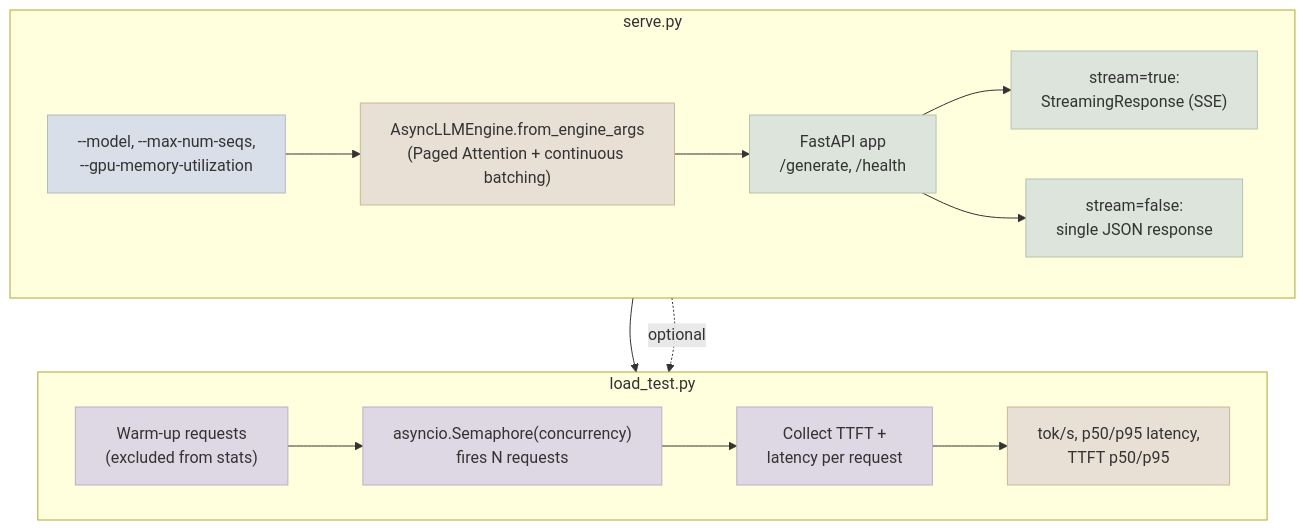
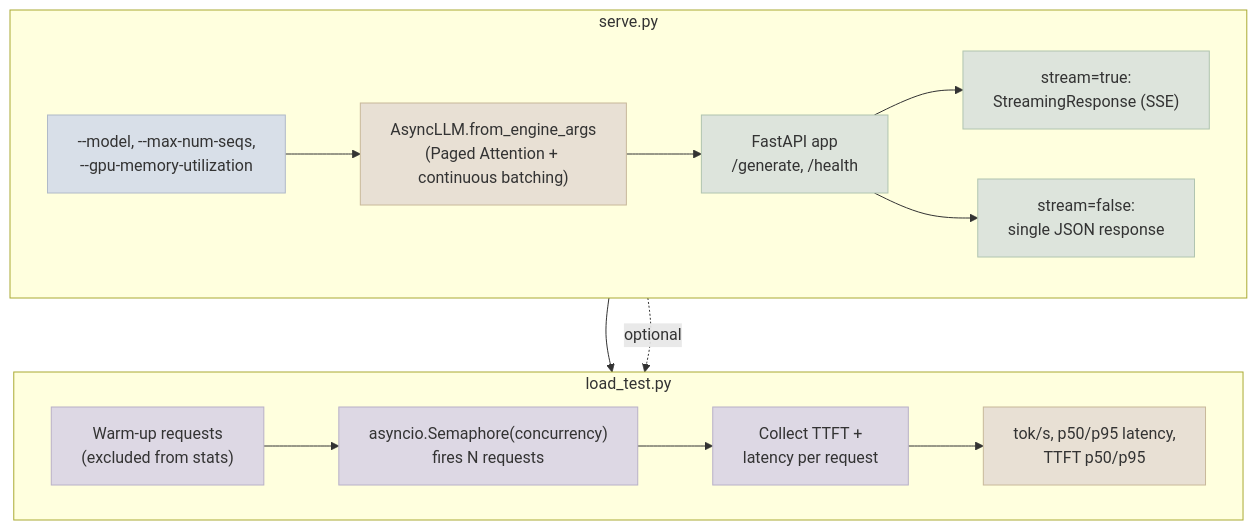
The diagram in src/content/07-Serving-and-Inference/CodeLabs/01-FastAPI-vLLM-Endpoint/README.mdx (sundante/sun-course-genai), drawn with Mermaid before and after one commit. The commit also changed other lines of this file and 14 other files, not shown here.

````diff
--- a/src/content/07-Serving-and-Inference/CodeLabs/01-FastAPI-vLLM-Endpoint/README.mdx
+++ b/src/content/07-Serving-and-Inference/CodeLabs/01-FastAPI-vLLM-Endpoint/README.mdx
@@ -7,29 +7,29 @@
 ```mermaid
 flowchart TD
     subgraph Server["serve.py"]
         direction LR
-        CLI["--model, --max-num-seqs,\n--gpu-memory-utilization"] --> Engine["AsyncLLMEngine.from_engine_args\n(Paged Attention + continuous batching)"]
+        CLI["--model, --max-num-seqs,\n--gpu-memory-utilization"] --> Engine["AsyncLLM.from_engine_args\n(Paged Attention + continuous batching)"]
         Engine --> App["FastAPI app\n/generate, /health"]
         App --> Stream["stream=true:\nStreamingResponse (SSE)"]
         App --> Single["stream=false:\nsingle JSON response"]
     end
     subgraph Client["load_test.py"]
         direction LR
         Warm["Warm-up requests\n(excluded from stats)"] --> Pool["asyncio.Semaphore(concurrency)\nfires N requests"]
         Pool --> Collect["Collect TTFT +\nlatency per request"]
         Collect --> Stats["tok/s, p50/p95 latency,\nTTFT p50/p95"]
     end
 
     Stream --> Pool
     Single -.optional.-> Pool
 
     style CLI fill:#d8dfe8,stroke:#b0bac8
     style Engine fill:#e8e0d4,stroke:#c8b89a
     style App fill:#dde4dc,stroke:#b0c4b0
     style Stream fill:#dde4dc,stroke:#b0c4b0
     style Single fill:#dde4dc,stroke:#b0c4b0
     style Warm fill:#ddd8e4,stroke:#b8b0c8
     style Pool fill:#ddd8e4,stroke:#b8b0c8
     style Collect fill:#ddd8e4,stroke:#b8b0c8
     style Stats fill:#e8e0d4,stroke:#c8b89a
 ```
````
